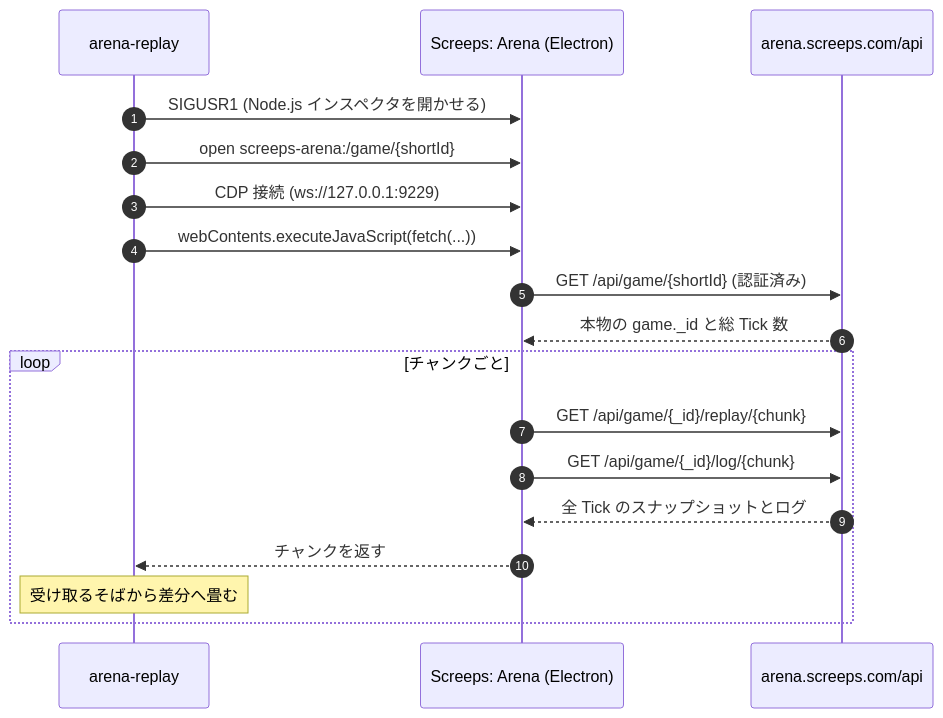
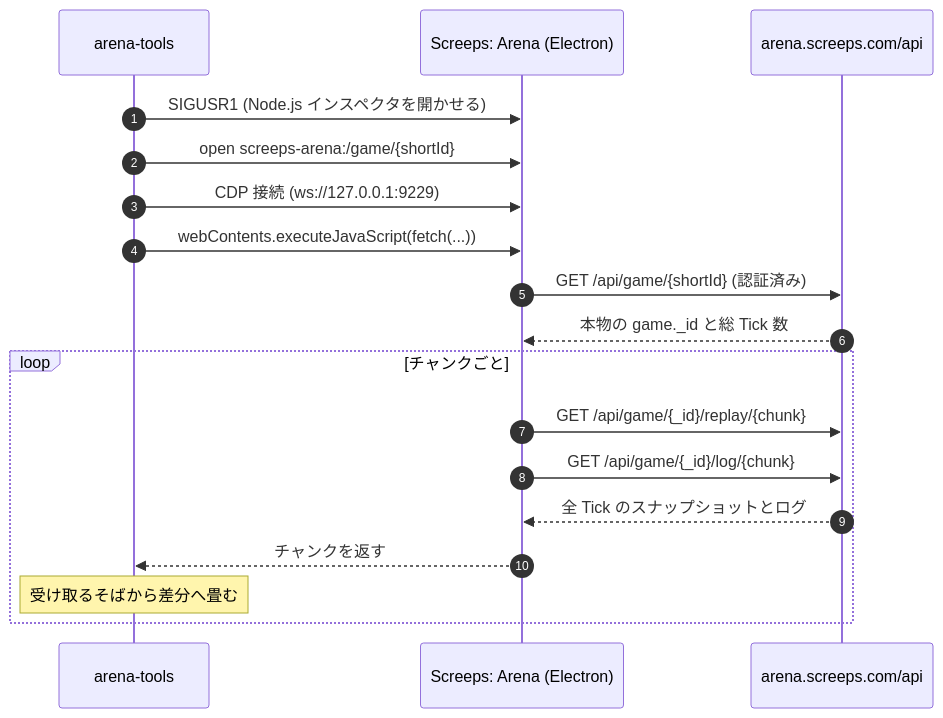
The diagram in README.md (arukuka/screeps-arena-tools), drawn with Mermaid before and after one commit. The commit also changed other lines of this file and 8 other files, not shown here.

Commit message:
chore: rename package to screeps-arena-tools and CLI to arena-tools

````diff
--- a/README.md
+++ b/README.md
@@ -106,21 +106,21 @@
 ```mermaid
 sequenceDiagram
     autonumber
-    participant CLI as arena-replay
+    participant CLI as arena-tools
     participant App as Screeps: Arena (Electron)
     participant API as arena.screeps.com/api
 
     CLI->>App: SIGUSR1 (Node.js インスペクタを開かせる)
     CLI->>App: open screeps-arena:/game/{shortId}
     CLI->>App: CDP 接続 (ws://127.0.0.1:9229)
     CLI->>App: webContents.executeJavaScript(fetch(...))
     App->>API: GET /api/game/{shortId}       (認証済み)
     API-->>App: 本物の game._id と総 Tick 数
     loop チャンクごと
         App->>API: GET /api/game/{_id}/replay/{chunk}
         App->>API: GET /api/game/{_id}/log/{chunk}
         API-->>App: 全 Tick のスナップショットとログ
         App-->>CLI: チャンクを返す
         Note over CLI: 受け取るそばから差分へ畳む
     end
 ```
````
